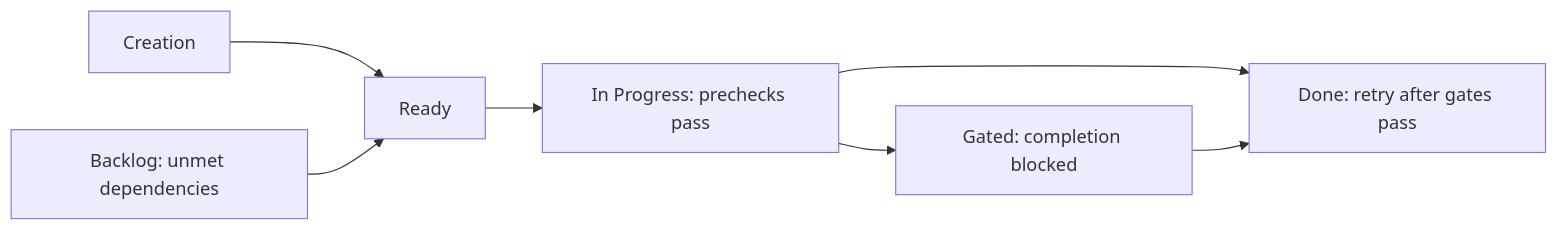
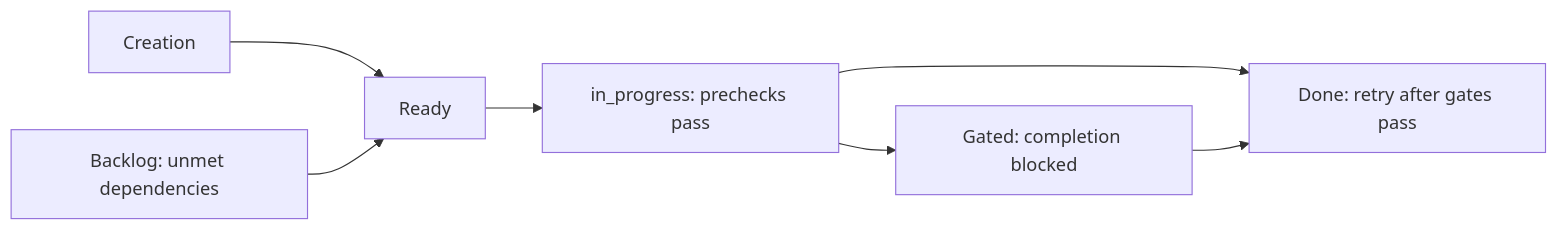
One commit to erankavija/just-in-time changed the first of 9 diagrams in docs/concepts/core-model.md. Above: the diagram before and after it, drawn with Mermaid. The commit also changed other lines of this file and 26 other files, not shown here.

````diff
--- a/docs/concepts/core-model.md
+++ b/docs/concepts/core-model.md
@@ -207,9 +207,9 @@
 ```mermaid
 flowchart LR
     C[Creation] --> R[Ready]
     B[Backlog: unmet dependencies] --> R
-    R --> P[In Progress: prechecks pass]
+    R --> P[in_progress: prechecks pass]
     P --> G[Gated: completion blocked]
     P --> D[Done: gates already passed]
     G --> D[Done: retry after gates pass]
 ```
````
